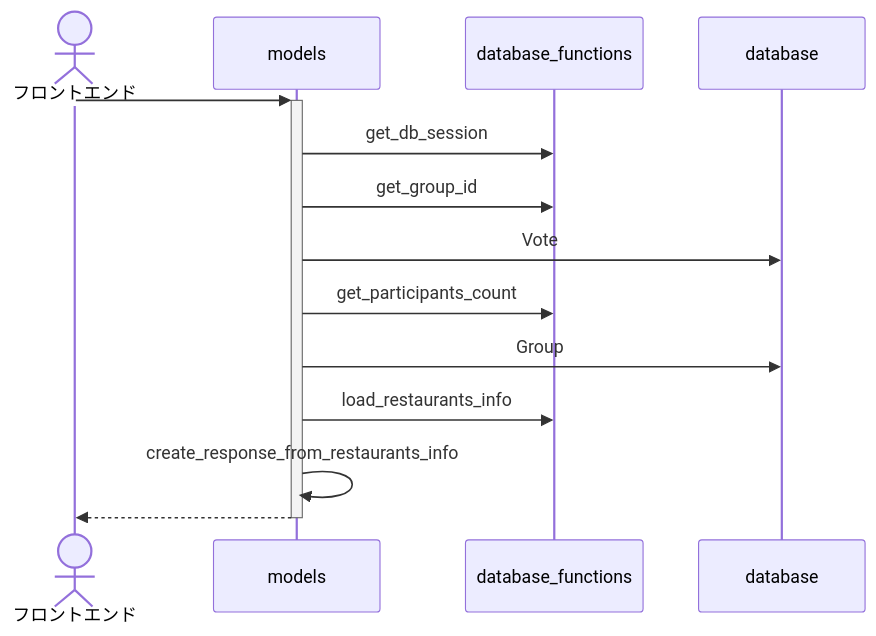
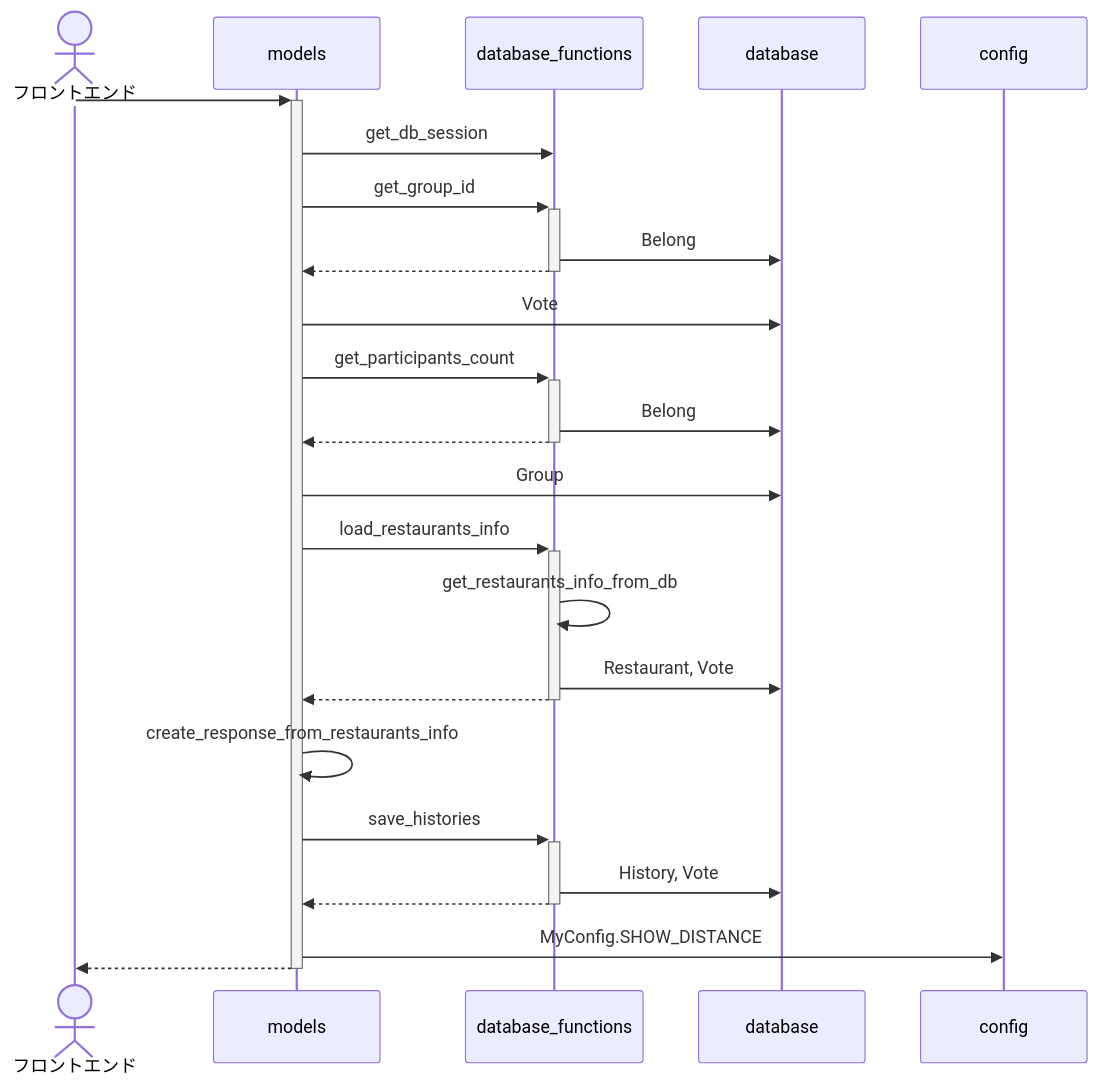
Before and after one commit to seal-git/22zemi: the fifth of 6 diagrams in python-flask/SequenceDiagram.md, drawn with Mermaid. The commit also changed other lines of this file and 1 other file, not shown here.

Commit message:
sequence diagram

````diff
--- a/python-flask/SequenceDiagram.md
+++ b/python-flask/SequenceDiagram.md
@@ -91,14 +119,25 @@
 ```mermaid
 sequenceDiagram
     actor フロントエンド
     
     フロントエンド ->>+ models : 
     models ->> database_functions : get_db_session
-    models ->> database_functions : get_group_id
+    models ->>+ database_functions : get_group_id
+    database_functions ->> database : Belong
+    database_functions -->>- models : 
     models ->> database : Vote
-    models ->> database_functions : get_participants_count
+    models ->>+ database_functions : get_participants_count
+    database_functions ->> database : Belong
+    database_functions -->>- models : 
     models ->> database : Group
-    models ->> database_functions : load_restaurants_info
+    models ->>+ database_functions : load_restaurants_info
+    database_functions ->> database_functions : get_restaurants_info_from_db
+    database_functions ->> database : Restaurant, Vote
+    database_functions -->>- models : 
     models ->> models : create_response_from_restaurants_info
+    models ->>+ database_functions : save_histories
+    database_functions ->> database : History, Vote
+    database_functions -->>- models : 
+    models ->> config : MyConfig.SHOW_DISTANCE
     models -->>- フロントエンド : 
 ```
````
